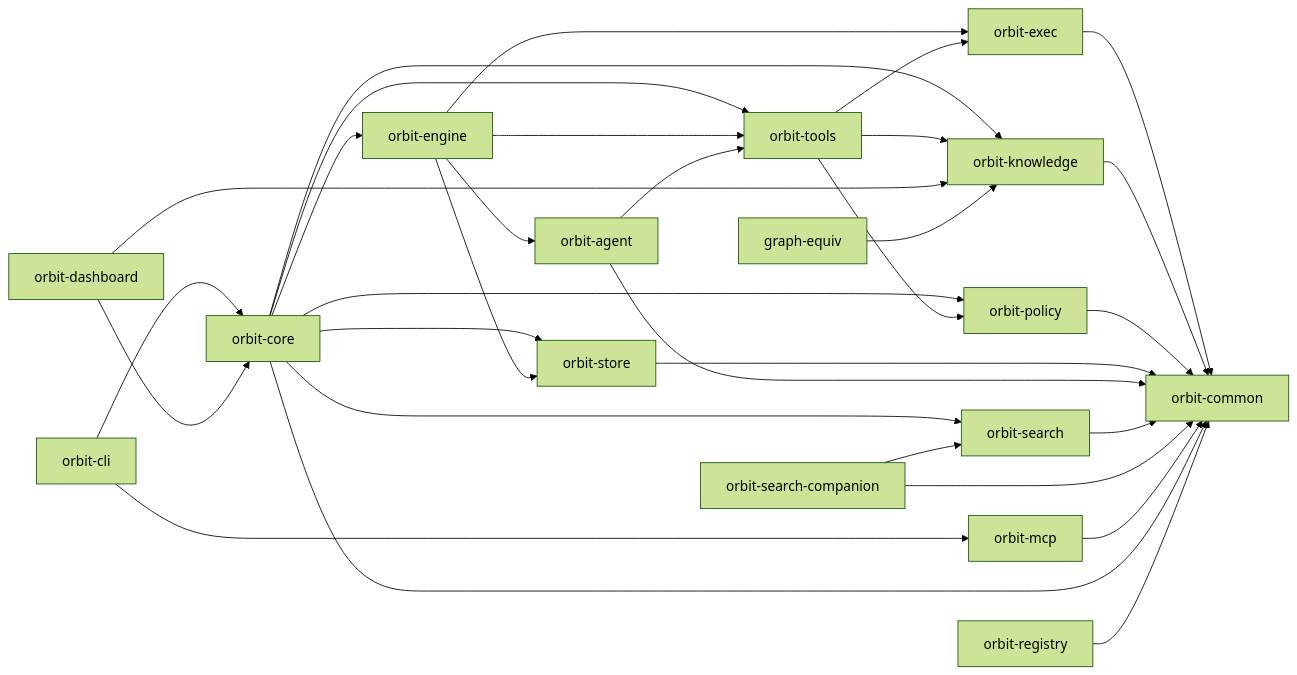
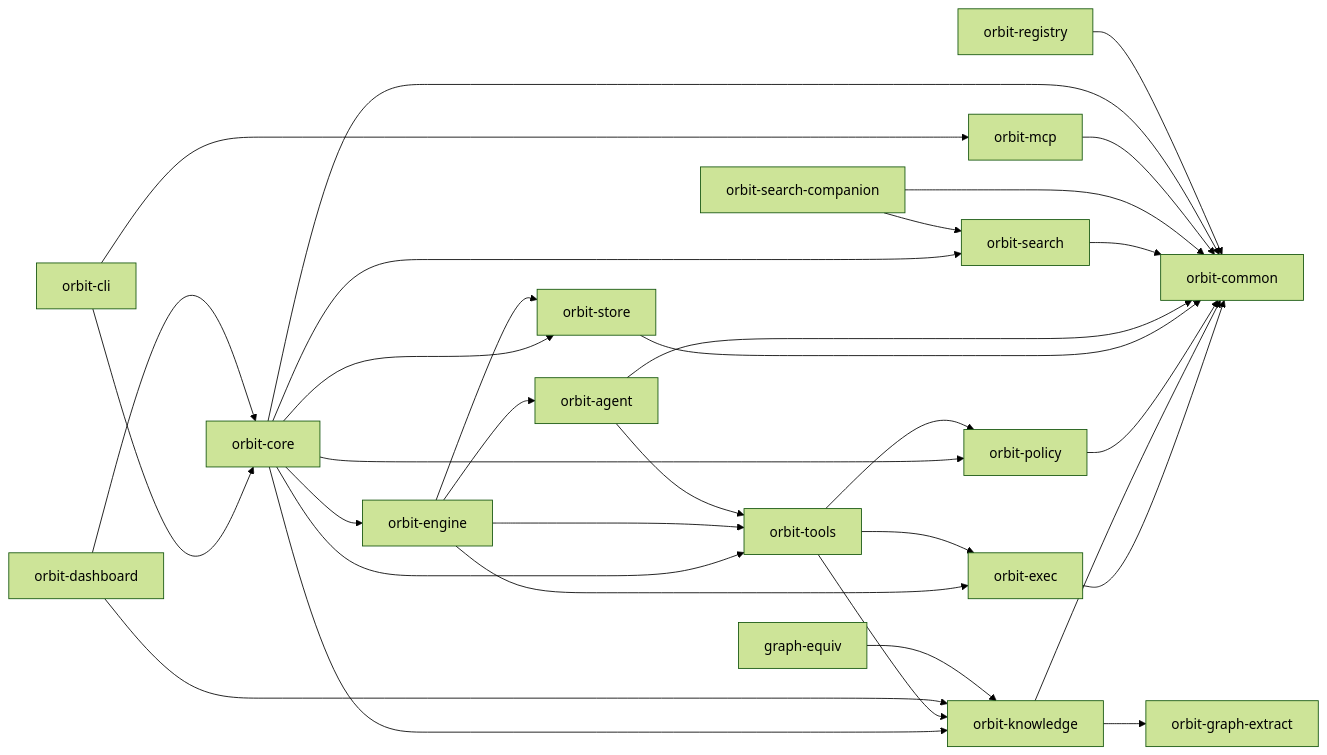
The diagram in ARCHITECTURE.md (danieljhkim/orbit), drawn with Mermaid (forest theme) before and after one commit. The commit also changed other lines of this file and 32 other files, not shown here.

First line of the commit message:
refactor: Move Selector parser from orbit-knowledge to orbit-graph-extr… [ORB-00300]

````diff
--- a/ARCHITECTURE.md
+++ b/ARCHITECTURE.md
@@ -5,33 +5,34 @@
 ```mermaid
 flowchart LR
   CLI["orbit-cli"] --> Core["orbit-core"]
   CLI --> MCP["orbit-mcp"]
   Core --> Engine["orbit-engine"]
   Core --> Store["orbit-store"]
   Core --> Tools["orbit-tools"]
   Core --> Search["orbit-search"]
   Core --> Knowledge["orbit-knowledge"]
   Core --> Policy["orbit-policy"]
   Engine --> Agent["orbit-agent"]
   Engine --> Store
   Engine --> Exec["orbit-exec"]
   Engine --> Tools
   Agent --> Tools
   Tools --> Exec["orbit-exec"]
   Tools --> Knowledge
   Tools --> Policy
+  Knowledge --> GraphExtract["orbit-graph-extract"]
   Exec --> Common["orbit-common"]
   Knowledge --> Common
   Policy --> Common
   Store --> Common
   Agent --> Common
   Search --> Common
   SearchCompanion["orbit-search-companion"] --> Search
   SearchCompanion --> Common
   MCP --> Common
   Dashboard["orbit-dashboard"] --> Core
   Dashboard --> Knowledge
   GraphEquiv["graph-equiv"] --> Knowledge
   Core --> Common
   Registry["orbit-registry"] --> Common
 ```
````
